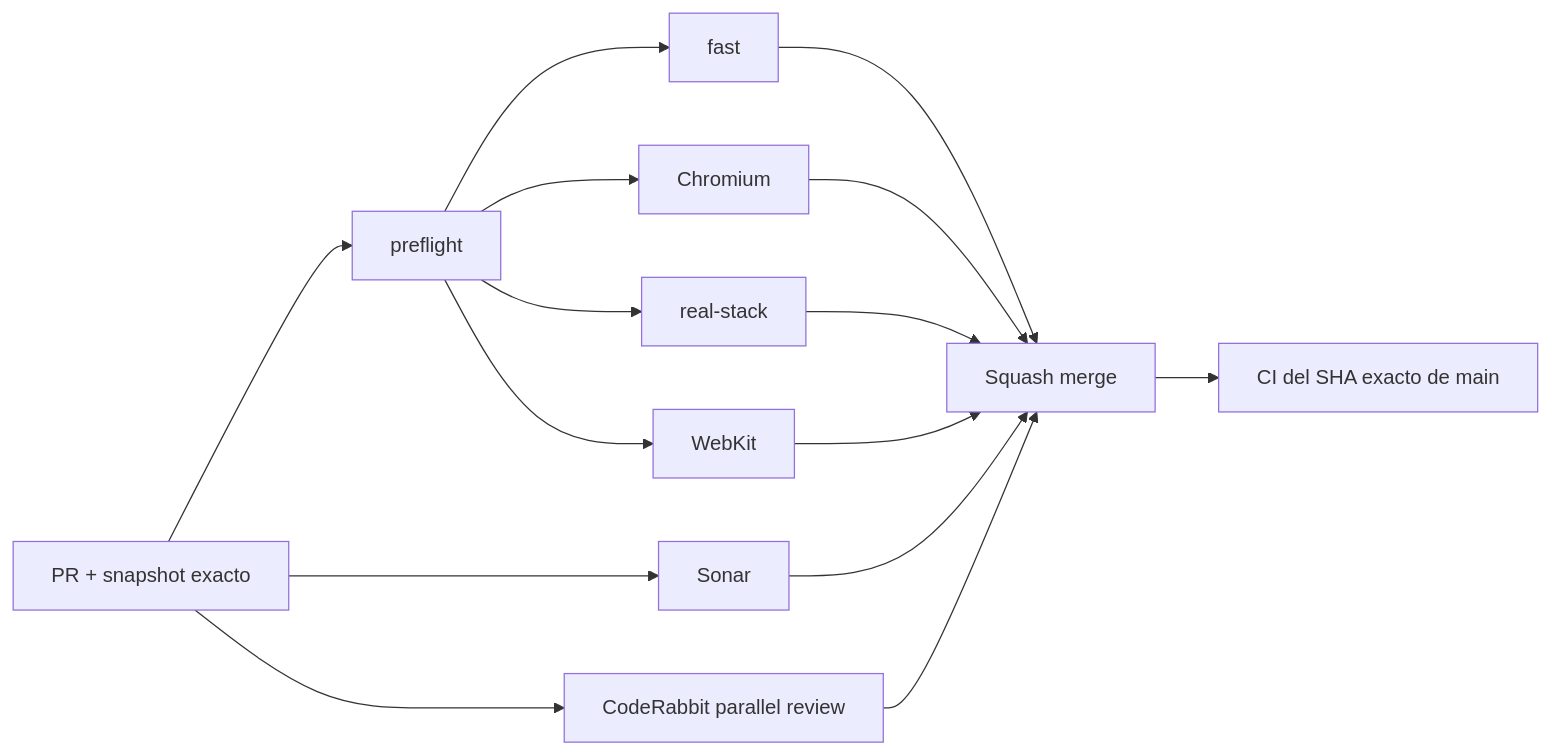
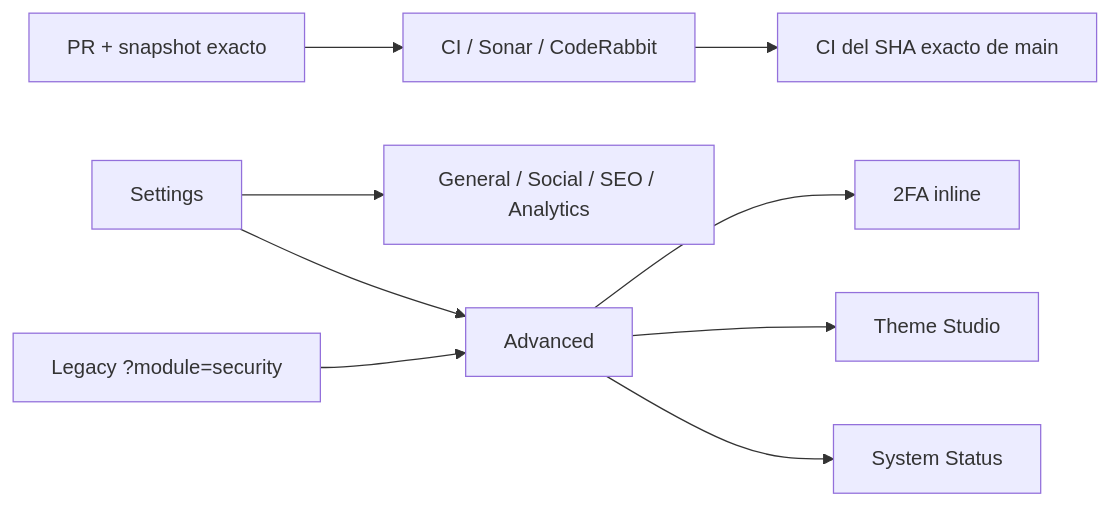
One commit to pl0n3r/brvtal changed the diagram in README.md. Above: the diagram before and after it, drawn with Mermaid. The commit also changed other lines of this file and 11 other files, not shown here.

First line of the commit message:
improvement: consolidate Settings advanced tools (#552)

````diff
--- a/README.md
+++ b/README.md
@@ -49,17 +49,11 @@
 ```mermaid
 flowchart LR
- A["PR + snapshot exacto"] --> P["preflight"]
- P --> F["fast"]
- P --> B["Chromium"]
- P --> R["real-stack"]
- P --> W["WebKit"]
- A --> S["Sonar"]
- A --> C["CodeRabbit parallel review"]
- F --> M["Squash merge"]
- B --> M
- R --> M
- W --> M
- S --> M
- C --> M
- M --> X["CI del SHA exacto de main"]
+ P["PR + snapshot exacto"] --> Q["CI / Sonar / CodeRabbit"]
+ Q --> X["CI del SHA exacto de main"]
+ A["Settings"] --> G["General / Social / SEO / Analytics"]
+ A --> V["Advanced"]
+ V --> S["2FA inline"]
+ V --> T["Theme Studio"]
+ V --> O["System Status"]
+ L["Legacy ?module=security"] --> V
 ```
````
